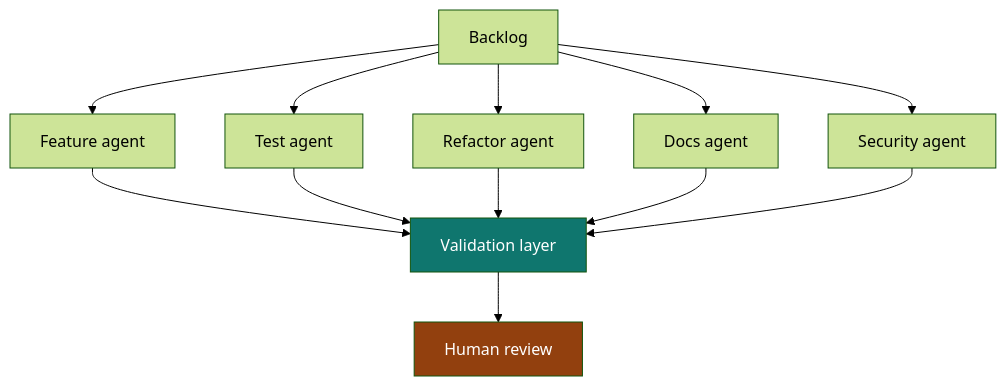
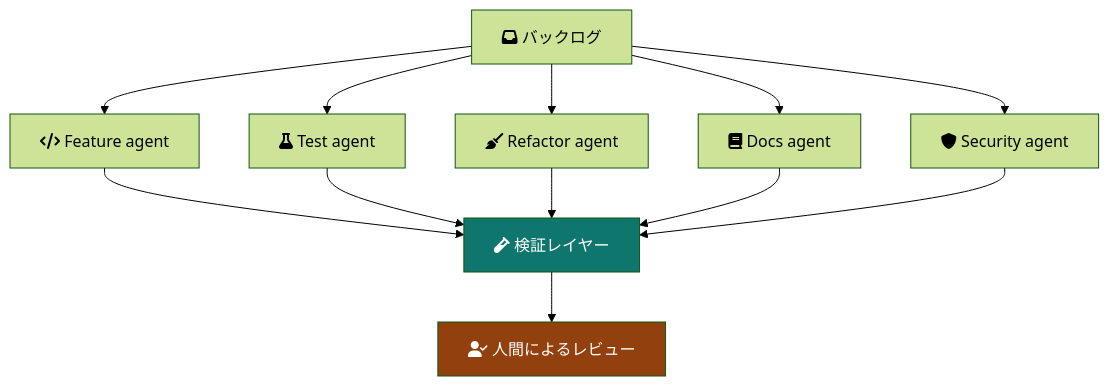
The fourth of 5 diagrams in content/ja/ideas/agent-loops.mdx (nelson-o/nelson-o.github.io), drawn with Mermaid (forest theme) before and after one commit. The commit also changed other lines of this file and 3 other files, not shown here.

````diff
--- a/content/ja/ideas/agent-loops.mdx
+++ b/content/ja/ideas/agent-loops.mdx
@@ -213,17 +213,17 @@
 ```mermaid
 flowchart TD
-  A["Backlog"] --> B1["Feature agent"]
-  A --> B2["Test agent"]
-  A --> B3["Refactor agent"]
-  A --> B4["Docs agent"]
-  A --> B5["Security agent"]
-  B1 --> C["Validation layer"]
+  A["fa:fa-inbox バックログ"] --> B1["fa:fa-code Feature agent"]
+  A --> B2["fa:fa-flask Test agent"]
+  A --> B3["fa:fa-broom Refactor agent"]
+  A --> B4["fa:fa-book Docs agent"]
+  A --> B5["fa:fa-shield Security agent"]
+  B1 --> C["fa:fa-vial 検証レイヤー"]
   B2 --> C
   B3 --> C
   B4 --> C
   B5 --> C
-  C --> D["Human review"]
+  C --> D["fa:fa-user-check 人間によるレビュー"]
 
   style C fill:#0f766e,color:#fff
   style D fill:#92400e,color:#fff
 ```
````
